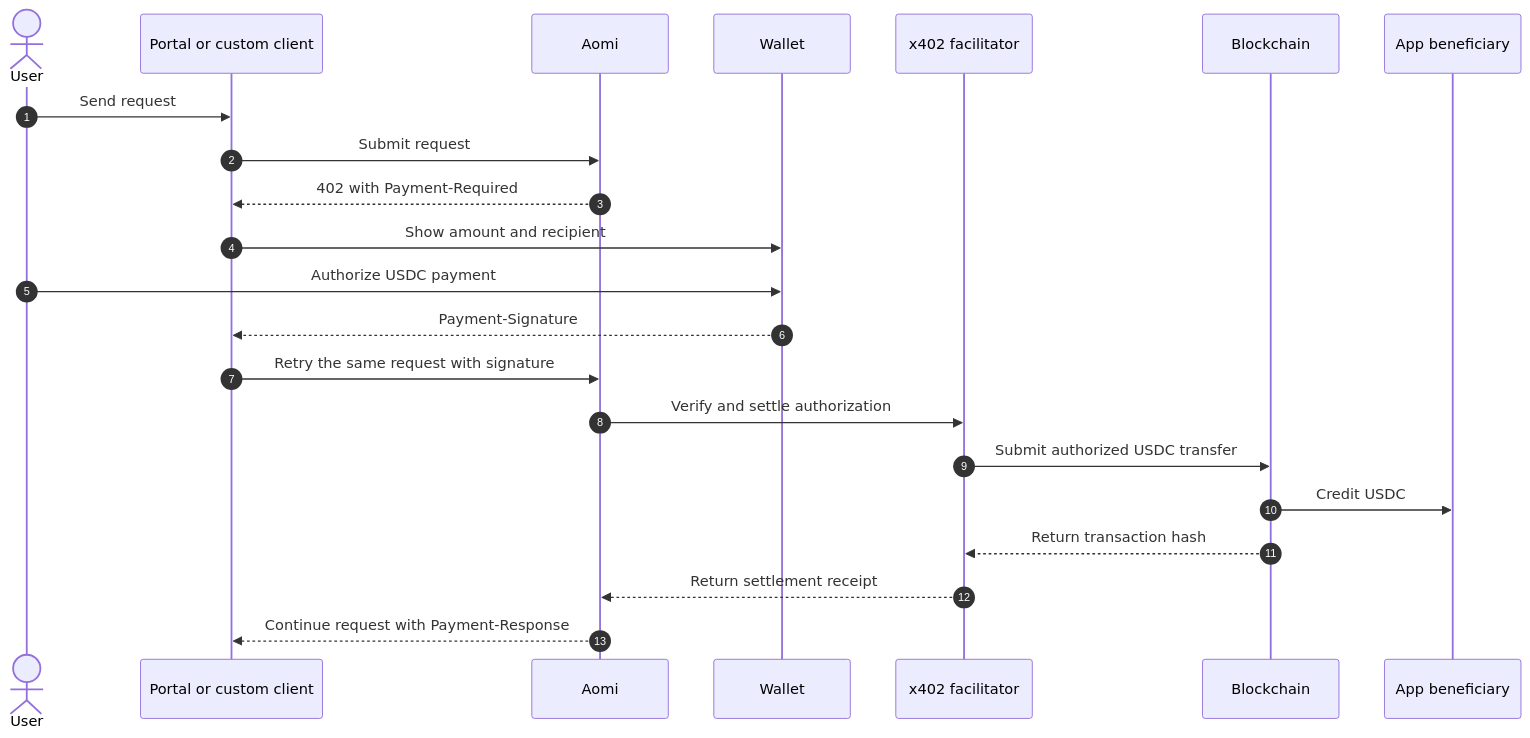
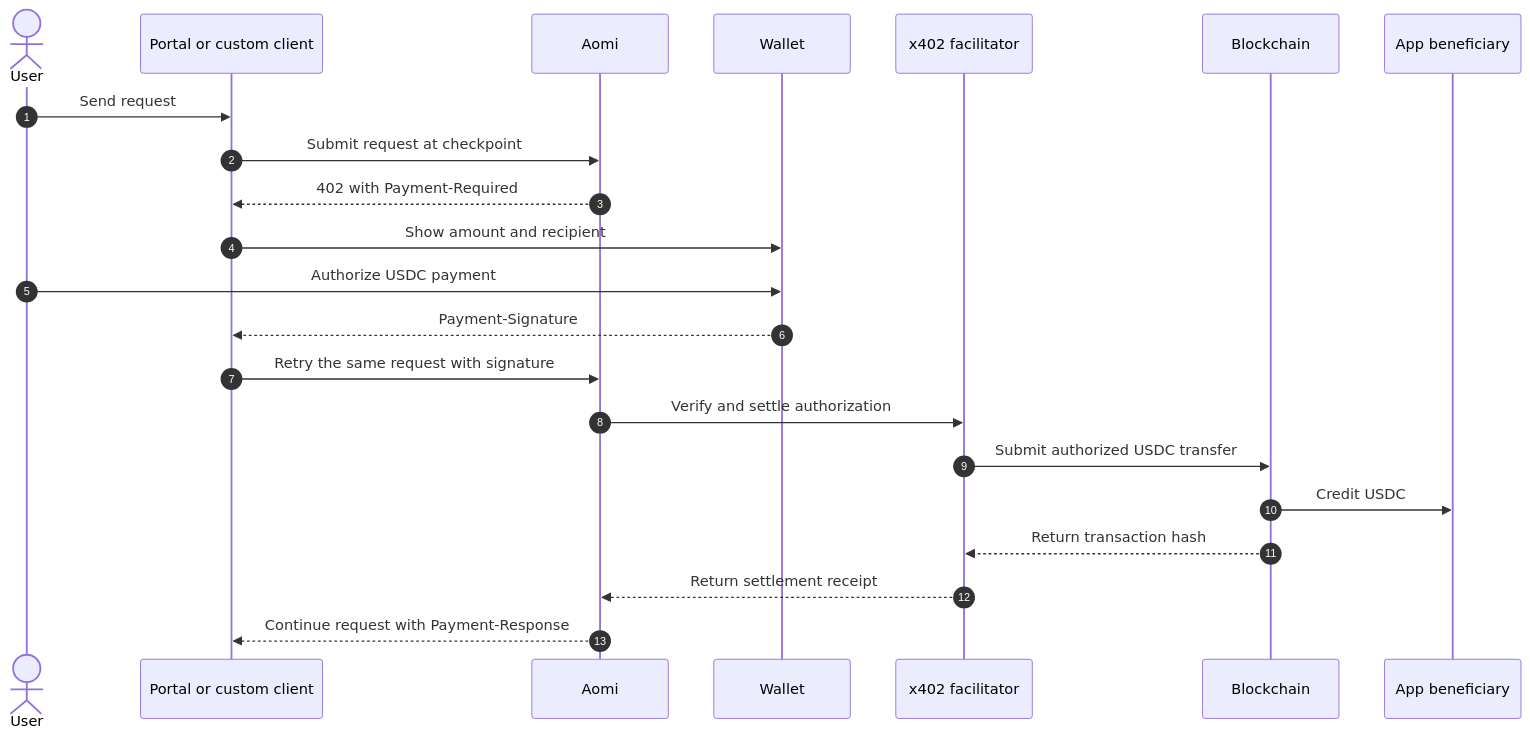
One commit to aomi-labs/docs changed the diagram in payments/x402.mdx. Above: the diagram before and after it, drawn with Mermaid. The commit also changed other lines of this file and 4 other files, not shown here.

````diff
--- a/payments/x402.mdx
+++ b/payments/x402.mdx
@@ -26,25 +98,25 @@
 ```mermaid
 sequenceDiagram
     autonumber
     actor User
     participant Client as Portal or custom client
     participant Aomi
     participant Wallet
     participant Facilitator as x402 facilitator
     participant Chain as Blockchain
     participant Beneficiary as App beneficiary
 
     User->>Client: Send request
-    Client->>Aomi: Submit request
+    Client->>Aomi: Submit request at checkpoint
     Aomi-->>Client: 402 with Payment-Required
     Client->>Wallet: Show amount and recipient
     User->>Wallet: Authorize USDC payment
     Wallet-->>Client: Payment-Signature
     Client->>Aomi: Retry the same request with signature
     Aomi->>Facilitator: Verify and settle authorization
     Facilitator->>Chain: Submit authorized USDC transfer
     Chain->>Beneficiary: Credit USDC
     Chain-->>Facilitator: Return transaction hash
     Facilitator-->>Aomi: Return settlement receipt
     Aomi-->>Client: Continue request with Payment-Response
 ```
````
